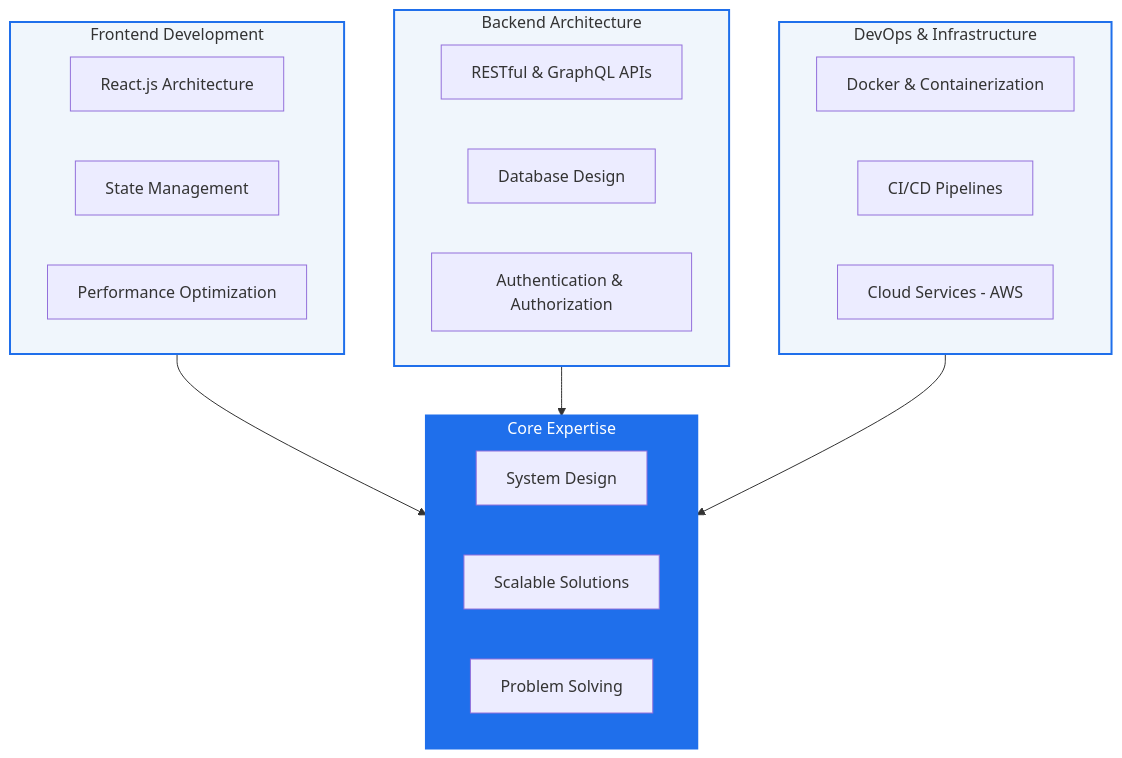
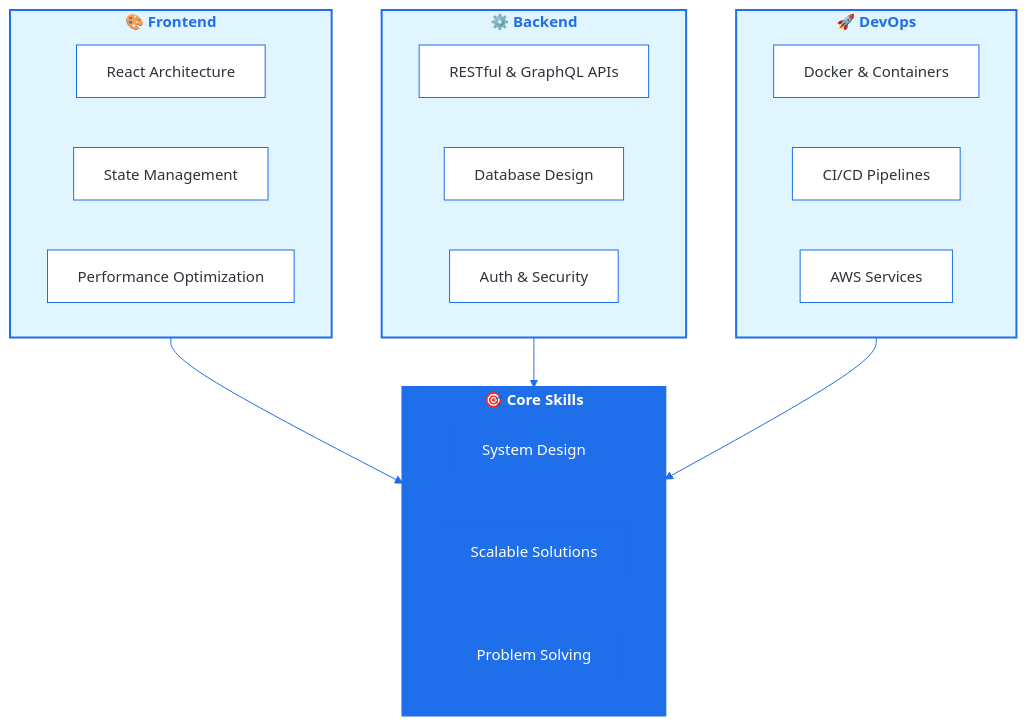
Before and after one commit to vikrantwiz02/vikrantwiz02: the second of 3 diagrams in README.md, drawn with Mermaid. The commit also changed other lines of this file, not shown here.

````diff
--- a/README.md
+++ b/README.md
@@ -89,35 +125,48 @@
 ```mermaid
+%%{init: {'flowchart': {'htmlLabels': true}, 'theme': 'base', 'themeVariables': { 'primaryColor':'#e1f5ff', 'primaryBorderColor':'#1f6feb', 'lineColor':'#1f6feb', 'tertiaryColor':'#1f6feb', 'tertiaryTextColor':'#fff', 'fontSize':'15px', 'fontFamily': 'Segoe UI'}}}%%
 graph TB
-    subgraph FRONTEND["Frontend Development"]
-        F1["React.js Architecture"]
+    subgraph FRONTEND["<b>🎨 Frontend</b>"]
+        F1["React Architecture"]
         F2["State Management"]
         F3["Performance Optimization"]
     end
     
-    subgraph BACKEND["Backend Architecture"]
+    subgraph BACKEND["<b>⚙️ Backend</b>"]
         B1["RESTful & GraphQL APIs"]
         B2["Database Design"]
-        B3["Authentication & Authorization"]
+        B3["Auth & Security"]
     end
     
-    subgraph DEVOPS["DevOps & Infrastructure"]
-        D1["Docker & Containerization"]
+    subgraph DEVOPS["<b>🚀 DevOps</b>"]
+        D1["Docker & Containers"]
         D2["CI/CD Pipelines"]
-        D3["Cloud Services - AWS"]
+        D3["AWS Services"]
     end
     
-    subgraph CORE["Core Expertise"]
+    subgraph CORE["<b>🎯 Core Skills</b>"]
         E1["System Design"]
         E2["Scalable Solutions"]
         E3["Problem Solving"]
     end
     
     FRONTEND --> CORE
     BACKEND --> CORE
     DEVOPS --> CORE
     
-    style FRONTEND fill:#f0f6fc,stroke:#1f6feb,stroke-width:2px
-    style BACKEND fill:#f0f6fc,stroke:#1f6feb,stroke-width:2px
-    style DEVOPS fill:#f0f6fc,stroke:#1f6feb,stroke-width:2px
+    style FRONTEND fill:#e1f5ff,stroke:#1f6feb,stroke-width:2px,color:#1f6feb
+    style BACKEND fill:#e1f5ff,stroke:#1f6feb,stroke-width:2px,color:#1f6feb
+    style DEVOPS fill:#e1f5ff,stroke:#1f6feb,stroke-width:2px,color:#1f6feb
     style CORE fill:#1f6feb,stroke:#1f6feb,stroke-width:3px,color:#fff
+    style F1 fill:#fff,color:#2d333b
+    style F2 fill:#fff,color:#2d333b
+    style F3 fill:#fff,color:#2d333b
+    style B1 fill:#fff,color:#2d333b
+    style B2 fill:#fff,color:#2d333b
+    style B3 fill:#fff,color:#2d333b
+    style D1 fill:#fff,color:#2d333b
+    style D2 fill:#fff,color:#2d333b
+    style D3 fill:#fff,color:#2d333b
+    style E1 fill:#1f6feb,color:#fff
+    style E2 fill:#1f6feb,color:#fff
+    style E3 fill:#1f6feb,color:#fff
 ```
````
